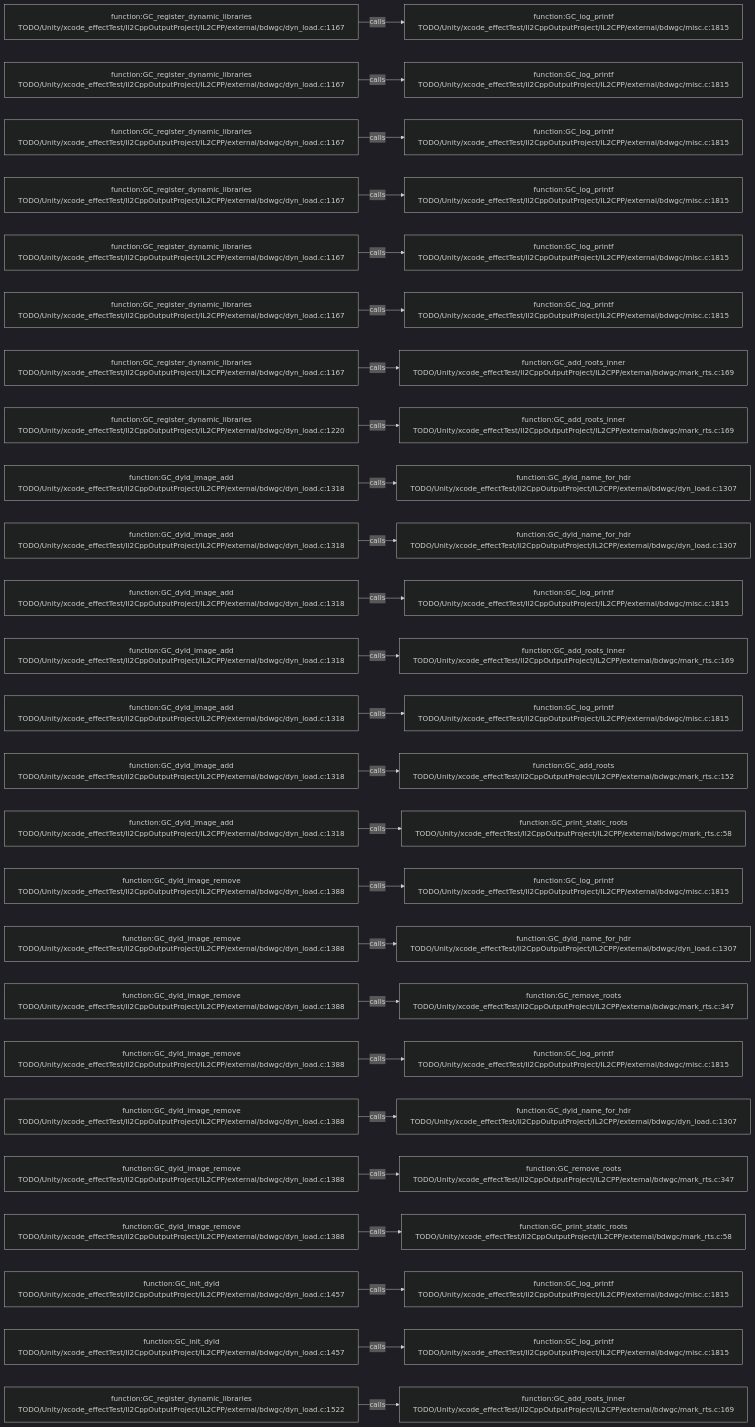
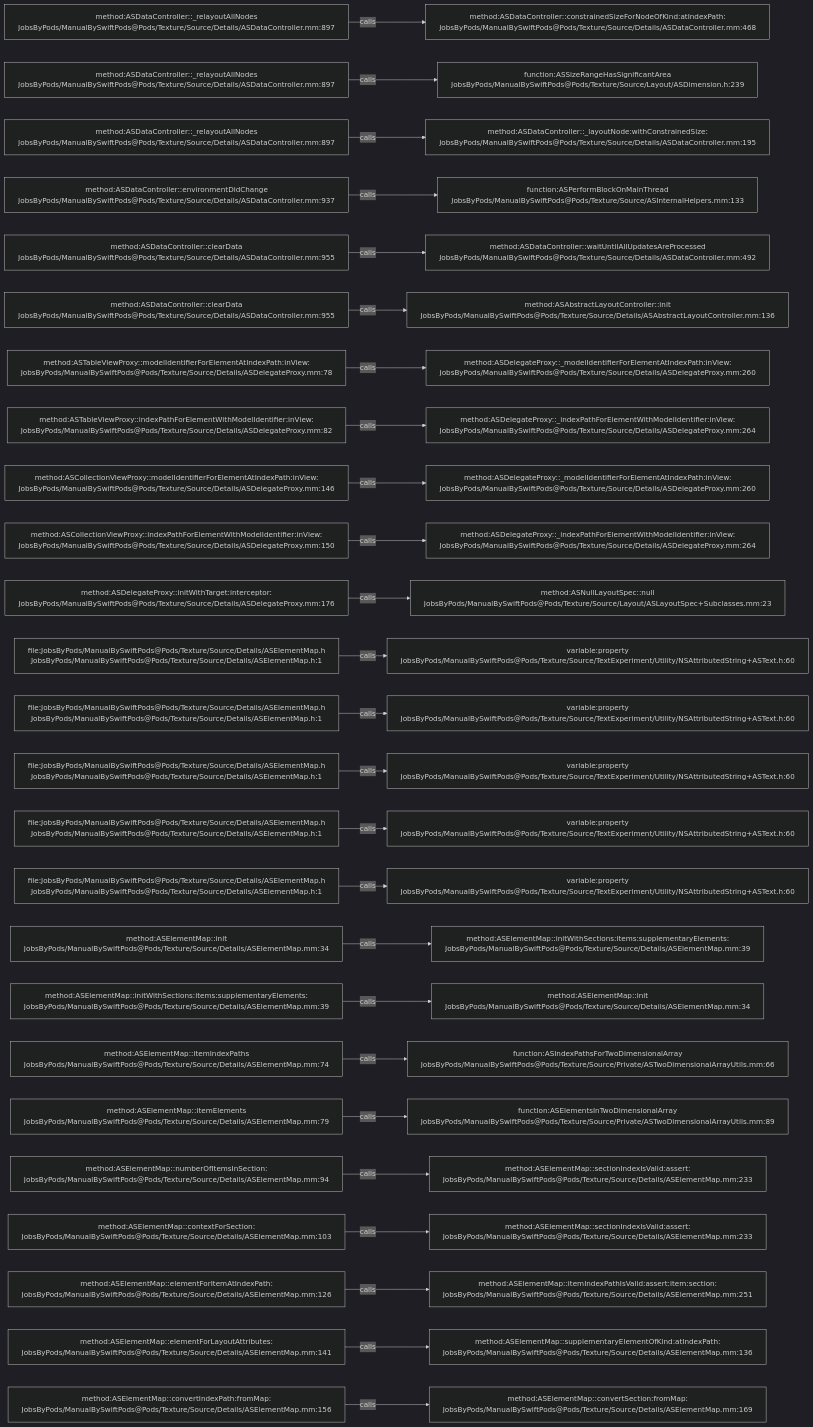
Before and after one commit to JobsKits/JobsSwiftBaseConfigDemo: the diagram in .codegraph/codegraph.md/graphs/calls-106.md, drawn with Mermaid (dark theme). The commit also changed 2959 other files, not shown here.

````diff
--- a/.codegraph/codegraph.md/graphs/calls-106.md
+++ b/.codegraph/codegraph.md/graphs/calls-106.md
@@ -13,78 +13,78 @@
 ```mermaid
 flowchart LR
-  S1["function:GC_register_dynamic_libraries<br/>TODO/Unity/xcode_effectTest/Il2CppOutputProject/IL2CPP/external/bdwgc/dyn_load.c:1167"]
-  T1["function:GC_log_printf<br/>TODO/Unity/xcode_effectTest/Il2CppOutputProject/IL2CPP/external/bdwgc/misc.c:1815"]
+  S1["method:ASDataController::_relayoutAllNodes<br/>JobsByPods/ManualBySwiftPods@Pods/Texture/Source/Details/ASDataController.mm:897"]
+  T1["method:ASDataController::constrainedSizeForNodeOfKind:atIndexPath:<br/>JobsByPods/ManualBySwiftPods@Pods/Texture/Source/Details/ASDataController.mm:468"]
   S1 -->|calls| T1
-  S2["function:GC_register_dynamic_libraries<br/>TODO/Unity/xcode_effectTest/Il2CppOutputProject/IL2CPP/external/bdwgc/dyn_load.c:1167"]
-  T2["function:GC_log_printf<br/>TODO/Unity/xcode_effectTest/Il2CppOutputProject/IL2CPP/external/bdwgc/misc.c:1815"]
+  S2["method:ASDataController::_relayoutAllNodes<br/>JobsByPods/ManualBySwiftPods@Pods/Texture/Source/Details/ASDataController.mm:897"]
+  T2["function:ASSizeRangeHasSignificantArea<br/>JobsByPods/ManualBySwiftPods@Pods/Texture/Source/Layout/ASDimension.h:239"]
   S2 -->|calls| T2
-  S3["function:GC_register_dynamic_libraries<br/>TODO/Unity/xcode_effectTest/Il2CppOutputProject/IL2CPP/external/bdwgc/dyn_load.c:1167"]
-  T3["function:GC_log_printf<br/>TODO/Unity/xcode_effectTest/Il2CppOutputProject/IL2CPP/external/bdwgc/misc.c:1815"]
+  S3["method:ASDataController::_relayoutAllNodes<br/>JobsByPods/ManualBySwiftPods@Pods/Texture/Source/Details/ASDataController.mm:897"]
+  T3["method:ASDataController::_layoutNode:withConstrainedSize:<br/>JobsByPods/ManualBySwiftPods@Pods/Texture/Source/Details/ASDataController.mm:195"]
   S3 -->|calls| T3
-  S4["function:GC_register_dynamic_libraries<br/>TODO/Unity/xcode_effectTest/Il2CppOutputProject/IL2CPP/external/bdwgc/dyn_load.c:1167"]
-  T4["function:GC_log_printf<br/>TODO/Unity/xcode_effectTest/Il2CppOutputProject/IL2CPP/external/bdwgc/misc.c:1815"]
+  S4["method:ASDataController::environmentDidChange<br/>JobsByPods/ManualBySwiftPods@Pods/Texture/Source/Details/ASDataController.mm:937"]
+  T4["function:ASPerformBlockOnMainThread<br/>JobsByPods/ManualBySwiftPods@Pods/Texture/Source/ASInternalHelpers.mm:133"]
   S4 -->|calls| T4
-  S5["function:GC_register_dynamic_libraries<br/>TODO/Unity/xcode_effectTest/Il2CppOutputProject/IL2CPP/external/bdwgc/dyn_load.c:1167"]
-  T5["function:GC_log_printf<br/>TODO/Unity/xcode_effectTest/Il2CppOutputProject/IL2CPP/external/bdwgc/misc.c:1815"]
+  S5["method:ASDataController::clearData<br/>JobsByPods/ManualBySwiftPods@Pods/Texture/Source/Details/ASDataController.mm:955"]
+  T5["method:ASDataController::waitUntilAllUpdatesAreProcessed<br/>JobsByPods/ManualBySwiftPods@Pods/Texture/Source/Details/ASDataController.mm:492"]
   S5 -->|calls| T5
-  S6["function:GC_register_dynamic_libraries<br/>TODO/Unity/xcode_effectTest/Il2CppOutputProject/IL2CPP/external/bdwgc/dyn_load.c:1167"]
-  T6["function:GC_log_printf<br/>TODO/Unity/xcode_effectTest/Il2CppOutputProject/IL2CPP/external/bdwgc/misc.c:1815"]
+  S6["method:ASDataController::clearData<br/>JobsByPods/ManualBySwiftPods@Pods/Texture/Source/Details/ASDataController.mm:955"]
+  T6["method:ASAbstractLayoutController::init<br/>JobsByPods/ManualBySwiftPods@Pods/Texture/Source/Details/ASAbstractLayoutController.mm:136"]
   S6 -->|calls| T6
-  S7["function:GC_register_dynamic_libraries<br/>TODO/Unity/xcode_effectTest/Il2CppOutputProject/IL2CPP/external/bdwgc/dyn_load.c:1167"]
-  T7["function:GC_add_roots_inner<br/>TODO/Unity/xcode_effectTest/Il2CppOutputProject/IL2CPP/external/bdwgc/mark_rts.c:169"]
+  S7["method:ASTableViewProxy::modelIdentifierForElementAtIndexPath:inView:<br/>JobsByPods/ManualBySwiftPods@Pods/Texture/Source/Details/ASDelegateProxy.mm:78"]
+  T7["method:ASDelegateProxy::_modelIdentifierForElementAtIndexPath:inView:<br/>JobsByPods/ManualBySwiftPods@Pods/Texture/Source/Details/ASDelegateProxy.mm:260"]
   S7 -->|calls| T7
-  S8["function:GC_register_dynamic_libraries<br/>TODO/Unity/xcode_effectTest/Il2CppOutputProject/IL2CPP/external/bdwgc/dyn_load.c:1220"]
-  T8["function:GC_add_roots_inner<br/>TODO/Unity/xcode_effectTest/Il2CppOutputProject/IL2CPP/external/bdwgc/mark_rts.c:169"]
+  S8["method:ASTableViewProxy::indexPathForElementWithModelIdentifier:inView:<br/>JobsByPods/ManualBySwiftPods@Pods/Texture/Source/Details/ASDelegateProxy.mm:82"]
+  T8["method:ASDelegateProxy::_indexPathForElementWithModelIdentifier:inView:<br/>JobsByPods/ManualBySwiftPods@Pods/Texture/Source/Details/ASDelegateProxy.mm:264"]
   S8 -->|calls| T8
-  S9["function:GC_dyld_image_add<br/>TODO/Unity/xcode_effectTest/Il2CppOutputProject/IL2CPP/external/bdwgc/dyn_load.c:1318"]
-  T9["function:GC_dyld_name_for_hdr<br/>TODO/Unity/xcode_effectTest/Il2CppOutputProject/IL2CPP/external/bdwgc/dyn_load.c:1307"]
+  S9["method:ASCollectionViewProxy::modelIdentifierForElementAtIndexPath:inView:<br/>JobsByPods/ManualBySwiftPods@Pods/Texture/Source/Details/ASDelegateProxy.mm:146"]
+  T9["method:ASDelegateProxy::_modelIdentifierForElementAtIndexPath:inView:<br/>JobsByPods/ManualBySwiftPods@Pods/Texture/Source/Details/ASDelegateProxy.mm:260"]
   S9 -->|calls| T9
-  S10["function:GC_dyld_image_add<br/>TODO/Unity/xcode_effectTest/Il2CppOutputProject/IL2CPP/external/bdwgc/dyn_load.c:1318"]
-  T10["function:GC_dyld_name_for_hdr<br/>TODO/Unity/xcode_effectTest/Il2CppOutputProject/IL2CPP/external/bdwgc/dyn_load.c:1307"]
+  S10["method:ASCollectionViewProxy::indexPathForElementWithModelIdentifier:inView:<br/>JobsByPods/ManualBySwiftPods@Pods/Texture/Source/Details/ASDelegateProxy.mm:150"]
+  T10["method:ASDelegateProxy::_indexPathForElementWithModelIdentifier:inView:<br/>JobsByPods/ManualBySwiftPods@Pods/Texture/Source/Details/ASDelegateProxy.mm:264"]
   S10 -->|calls| T10
-  S11["function:GC_dyld_image_add<br/>TODO/Unity/xcode_effectTest/Il2CppOutputProject/IL2CPP/external/bdwgc/dyn_load.c:1318"]
-  T11["function:GC_log_printf<br/>TODO/Unity/xcode_effectTest/Il2CppOutputProject/IL2CPP/external/bdwgc/misc.c:1815"]
+  S11["method:ASDelegateProxy::initWithTarget:interceptor:<br/>JobsByPods/ManualBySwiftPods@Pods/Texture/Source/Details/ASDelegateProxy.mm:176"]
+  T11["method:ASNullLayoutSpec::null<br/>JobsByPods/ManualBySwiftPods@Pods/Texture/Source/Layout/ASLayoutSpec+Subclasses.mm:23"]
   S11 -->|calls| T11
-  S12["function:GC_dyld_image_add<br/>TODO/Unity/xcode_effectTest/Il2CppOutputProject/IL2CPP/external/bdwgc/dyn_load.c:1318"]
-  T12["function:GC_add_roots_inner<br/>TODO/Unity/xcode_effectTest/Il2CppOutputProject/IL2CPP/external/bdwgc/mark_rts.c:169"]
+  S12["file:JobsByPods/ManualBySwiftPods@Pods/Texture/Source/Details/ASElementMap.h<br/>JobsByPods/ManualBySwiftPods@Pods/Texture/Source/Details/ASElementMap.h:1"]
+  T12["variable:property<br/>JobsByPods/ManualBySwiftPods@Pods/Texture/Source/TextExperiment/Utility/NSAttributedString+ASText.h:60"]
   S12 -->|calls| T12
-  S13["function:GC_dyld_image_add<br/>TODO/Unity/xcode_effectTest/Il2CppOutputProject/IL2CPP/external/bdwgc/dyn_load.c:1318"]
-  T13["function:GC_log_printf<br/>TODO/Unity/xcode_effectTest/Il2CppOutputProject/IL2CPP/external/bdwgc/misc.c:1815"]
+  S13["file:JobsByPods/ManualBySwiftPods@Pods/Texture/Source/Details/ASElementMap.h<br/>JobsByPods/ManualBySwiftPods@Pods/Texture/Source/Details/ASElementMap.h:1"]
+  T13["variable:property<br/>JobsByPods/ManualBySwiftPods@Pods/Texture/Source/TextExperiment/Utility/NSAttributedString+ASText.h:60"]
   S13 -->|calls| T13
-  S14["function:GC_dyld_image_add<br/>TODO/Unity/xcode_effectTest/Il2CppOutputProject/IL2CPP/external/bdwgc/dyn_load.c:1318"]
-  T14["function:GC_add_roots<br/>TODO/Unity/xcode_effectTest/Il2CppOutputProject/IL2CPP/external/bdwgc/mark_rts.c:152"]
+  S14["file:JobsByPods/ManualBySwiftPods@Pods/Texture/Source/Details/ASElementMap.h<br/>JobsByPods/ManualBySwiftPods@Pods/Texture/Source/Details/ASElementMap.h:1"]
+  T14["variable:property<br/>JobsByPods/ManualBySwiftPods@Pods/Texture/Source/TextExperiment/Utility/NSAttributedString+ASText.h:60"]
   S14 -->|calls| T14
-  S15["function:GC_dyld_image_add<br/>TODO/Unity/xcode_effectTest/Il2CppOutputProject/IL2CPP/external/bdwgc/dyn_load.c:1318"]
-  T15["function:GC_print_static_roots<br/>TODO/Unity/xcode_effectTest/Il2CppOutputProject/IL2CPP/external/bdwgc/mark_rts.c:58"]
+  S15["file:JobsByPods/ManualBySwiftPods@Pods/Texture/Source/Details/ASElementMap.h<br/>JobsByPods/ManualBySwiftPods@Pods/Texture/Source/Details/ASElementMap.h:1"]
+  T15["variable:property<br/>JobsByPods/ManualBySwiftPods@Pods/Texture/Source/TextExperiment/Utility/NSAttributedString+ASText.h:60"]
   S15 -->|calls| T15
-  S16["function:GC_dyld_image_remove<br/>TODO/Unity/xcode_effectTest/Il2CppOutputProject/IL2CPP/external/bdwgc/dyn_load.c:1388"]
-  T16["function:GC_log_printf<br/>TODO/Unity/xcode_effectTest/Il2CppOutputProject/IL2CPP/external/bdwgc/misc.c:1815"]
+  S16["file:JobsByPods/ManualBySwiftPods@Pods/Texture/Source/Details/ASElementMap.h<br/>JobsByPods/ManualBySwiftPods@Pods/Texture/Source/Details/ASElementMap.h:1"]
+  T16["variable:property<br/>JobsByPods/ManualBySwiftPods@Pods/Texture/Source/TextExperiment/Utility/NSAttributedString+ASText.h:60"]
   S16 -->|calls| T16
-  S17["function:GC_dyld_image_remove<br/>TODO/Unity/xcode_effectTest/Il2CppOutputProject/IL2CPP/external/bdwgc/dyn_load.c:1388"]
-  T17["function:GC_dyld_name_for_hdr<br/>TODO/Unity/xcode_effectTest/Il2CppOutputProject/IL2CPP/external/bdwgc/dyn_load.c:1307"]
+  S17["method:ASElementMap::init<br/>JobsByPods/ManualBySwiftPods@Pods/Texture/Source/Details/ASElementMap.mm:34"]
+  T17["method:ASElementMap::initWithSections:items:supplementaryElements:<br/>JobsByPods/ManualBySwiftPods@Pods/Texture/Source/Details/ASElementMap.mm:39"]
   S17 -->|calls| T17
-  S18["function:GC_dyld_image_remove<br/>TODO/Unity/xcode_effectTest/Il2CppOutputProject/IL2CPP/external/bdwgc/dyn_load.c:1388"]
-  T18["function:GC_remove_roots<br/>TODO/Unity/xcode_effectTest/Il2CppOutputProject/IL2CPP/external/bdwgc/mark_rts.c:347"]
+  S18["method:ASElementMap::initWithSections:items:supplementaryElements:<br/>JobsByPods/ManualBySwiftPods@Pods/Texture/Source/Details/ASElementMap.mm:39"]
+  T18["method:ASElementMap::init<br/>JobsByPods/ManualBySwiftPods@Pods/Texture/Source/Details/ASElementMap.mm:34"]
   S18 -->|calls| T18
-  S19["function:GC_dyld_image_remove<br/>TODO/Unity/xcode_effectTest/Il2CppOutputProject/IL2CPP/external/bdwgc/dyn_load.c:1388"]
-  T19["function:GC_log_printf<br/>TODO/Unity/xcode_effectTest/Il2CppOutputProject/IL2CPP/external/bdwgc/misc.c:1815"]
+  S19["method:ASElementMap::itemIndexPaths<br/>JobsByPods/ManualBySwiftPods@Pods/Texture/Source/Details/ASElementMap.mm:74"]
+  T19["function:ASIndexPathsForTwoDimensionalArray<br/>JobsByPods/ManualBySwiftPods@Pods/Texture/Source/Private/ASTwoDimensionalArrayUtils.mm:66"]
   S19 -->|calls| T19
-  S20["function:GC_dyld_image_remove<br/>TODO/Unity/xcode_effectTest/Il2CppOutputProject/IL2CPP/external/bdwgc/dyn_load.c:1388"]
-  T20["function:GC_dyld_name_for_hdr<br/>TODO/Unity/xcode_effectTest/Il2CppOutputProject/IL2CPP/external/bdwgc/dyn_load.c:1307"]
+  S20["method:ASElementMap::itemElements<br/>JobsByPods/ManualBySwiftPods@Pods/Texture/Source/Details/ASElementMap.mm:79"]
+  T20["function:ASElementsInTwoDimensionalArray<br/>JobsByPods/ManualBySwiftPods@Pods/Texture/Source/Private/ASTwoDimensionalArrayUtils.mm:89"]
   S20 -->|calls| T20
-  S21["function:GC_dyld_image_remove<br/>TODO/Unity/xcode_effectTest/Il2CppOutputProject/IL2CPP/external/bdwgc/dyn_load.c:1388"]
-  T21["function:GC_remove_roots<br/>TODO/Unity/xcode_effectTest/Il2CppOutputProject/IL2CPP/external/bdwgc/mark_rts.c:347"]
+  S21["method:ASElementMap::numberOfItemsInSection:<br/>JobsByPods/ManualBySwiftPods@Pods/Texture/Source/Details/ASElementMap.mm:94"]
+  T21["method:ASElementMap::sectionIndexIsValid:assert:<br/>JobsByPods/ManualBySwiftPods@Pods/Texture/Source/Details/ASElementMap.mm:233"]
   S21 -->|calls| T21
-  S22["function:GC_dyld_image_remove<br/>TODO/Unity/xcode_effectTest/Il2CppOutputProject/IL2CPP/external/bdwgc/dyn_load.c:1388"]
-  T22["function:GC_print_static_roots<br/>TODO/Unity/xcode_effectTest/Il2CppOutputProject/IL2CPP/external/bdwgc/mark_rts.c:58"]
+  S22["method:ASElementMap::contextForSection:<br/>JobsByPods/ManualBySwiftPods@Pods/Texture/Source/Details/ASElementMap.mm:103"]
+  T22["method:ASElementMap::sectionIndexIsValid:assert:<br/>JobsByPods/ManualBySwiftPods@Pods/Texture/Source/Details/ASElementMap.mm:233"]
   S22 -->|calls| T22
-  S23["function:GC_init_dyld<br/>TODO/Unity/xcode_effectTest/Il2CppOutputProject/IL2CPP/external/bdwgc/dyn_load.c:1457"]
-  T23["function:GC_log_printf<br/>TODO/Unity/xcode_effectTest/Il2CppOutputProject/IL2CPP/external/bdwgc/misc.c:1815"]
+  S23["method:ASElementMap::elementForItemAtIndexPath:<br/>JobsByPods/ManualBySwiftPods@Pods/Texture/Source/Details/ASElementMap.mm:126"]
+  T23["method:ASElementMap::itemIndexPathIsValid:assert:item:section:<br/>JobsByPods/ManualBySwiftPods@Pods/Texture/Source/Details/ASElementMap.mm:251"]
   S23 -->|calls| T23
-  S24["function:GC_init_dyld<br/>TODO/Unity/xcode_effectTest/Il2CppOutputProject/IL2CPP/external/bdwgc/dyn_load.c:1457"]
-  T24["function:GC_log_printf<br/>TODO/Unity/xcode_effectTest/Il2CppOutputProject/IL2CPP/external/bdwgc/misc.c:1815"]
+  S24["method:ASElementMap::elementForLayoutAttributes:<br/>JobsByPods/ManualBySwiftPods@Pods/Texture/Source/Details/ASElementMap.mm:141"]
+  T24["method:ASElementMap::supplementaryElementOfKind:atIndexPath:<br/>JobsByPods/ManualBySwiftPods@Pods/Texture/Source/Details/ASElementMap.mm:136"]
   S24 -->|calls| T24
-  S25["function:GC_register_dynamic_libraries<br/>TODO/Unity/xcode_effectTest/Il2CppOutputProject/IL2CPP/external/bdwgc/dyn_load.c:1522"]
-  T25["function:GC_add_roots_inner<br/>TODO/Unity/xcode_effectTest/Il2CppOutputProject/IL2CPP/external/bdwgc/mark_rts.c:169"]
+  S25["method:ASElementMap::convertIndexPath:fromMap:<br/>JobsByPods/ManualBySwiftPods@Pods/Texture/Source/Details/ASElementMap.mm:156"]
+  T25["method:ASElementMap::convertSection:fromMap:<br/>JobsByPods/ManualBySwiftPods@Pods/Texture/Source/Details/ASElementMap.mm:169"]
   S25 -->|calls| T25
 ```
````
